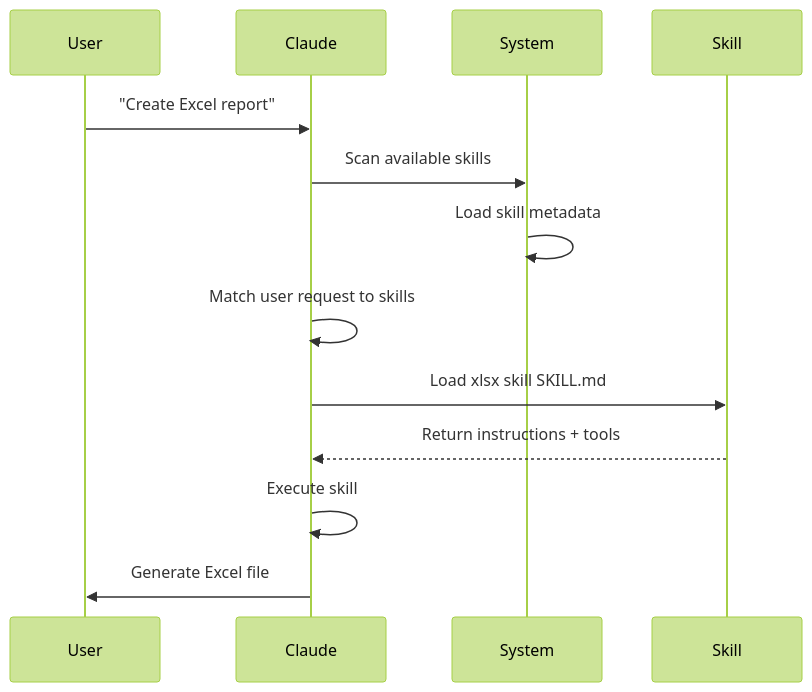
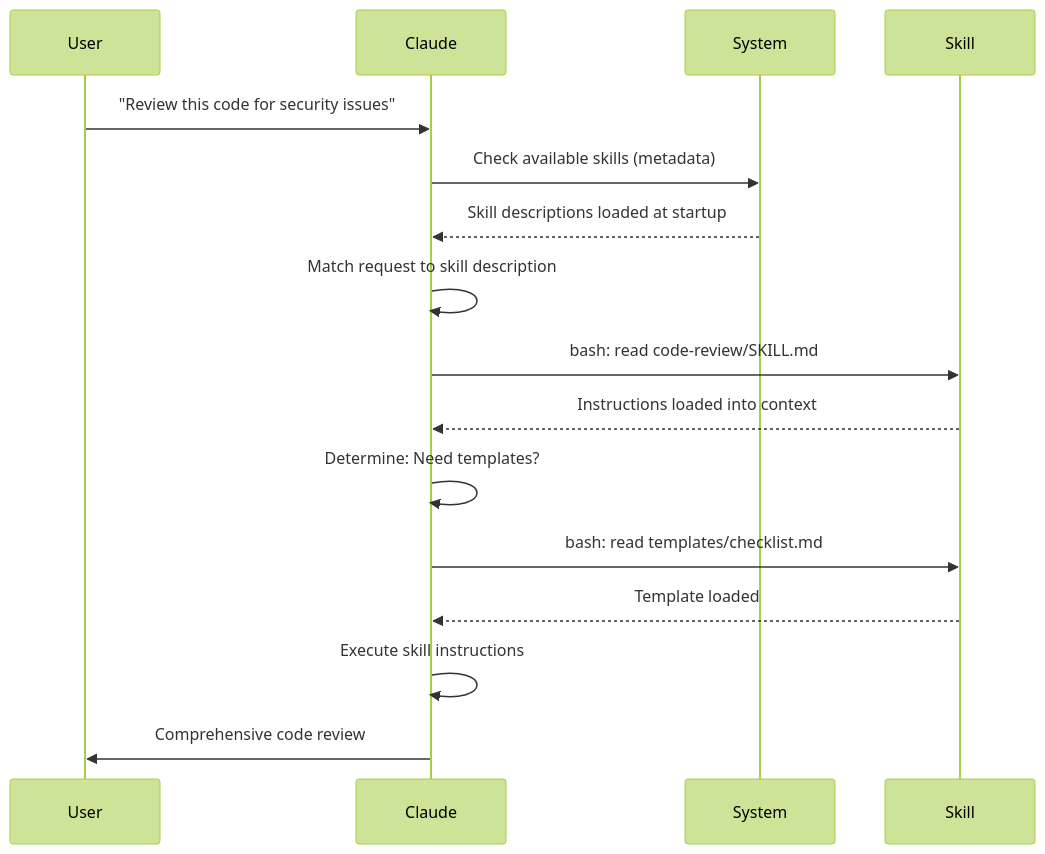
Before and after one commit to omnimasudo/croft-howto: the second of 2 diagrams in 03-skills/README.md, drawn with Mermaid (forest theme). The commit also changed other lines of this file, not shown here.

First line of the commit message:
docs: Update skills guide with latest official documentation

````diff
--- a/03-skills/README.md
+++ b/03-skills/README.md
@@ -43,16 +66,19 @@
 ```mermaid
 sequenceDiagram
     participant User
     participant Claude as Claude
     participant System as System
     participant Skill as Skill
 
-    User->>Claude: "Create Excel report"
-    Claude->>System: Scan available skills
-    System->>System: Load skill metadata
-    Claude->>Claude: Match user request to skills
-    Claude->>Skill: Load xlsx skill SKILL.md
-    Skill-->>Claude: Return instructions + tools
-    Claude->>Claude: Execute skill
-    Claude->>User: Generate Excel file
+    User->>Claude: "Review this code for security issues"
+    Claude->>System: Check available skills (metadata)
+    System-->>Claude: Skill descriptions loaded at startup
+    Claude->>Claude: Match request to skill description
+    Claude->>Skill: bash: read code-review/SKILL.md
+    Skill-->>Claude: Instructions loaded into context
+    Claude->>Claude: Determine: Need templates?
+    Claude->>Skill: bash: read templates/checklist.md
+    Skill-->>Claude: Template loaded
+    Claude->>Claude: Execute skill instructions
+    Claude->>User: Comprehensive code review
 ```
````
